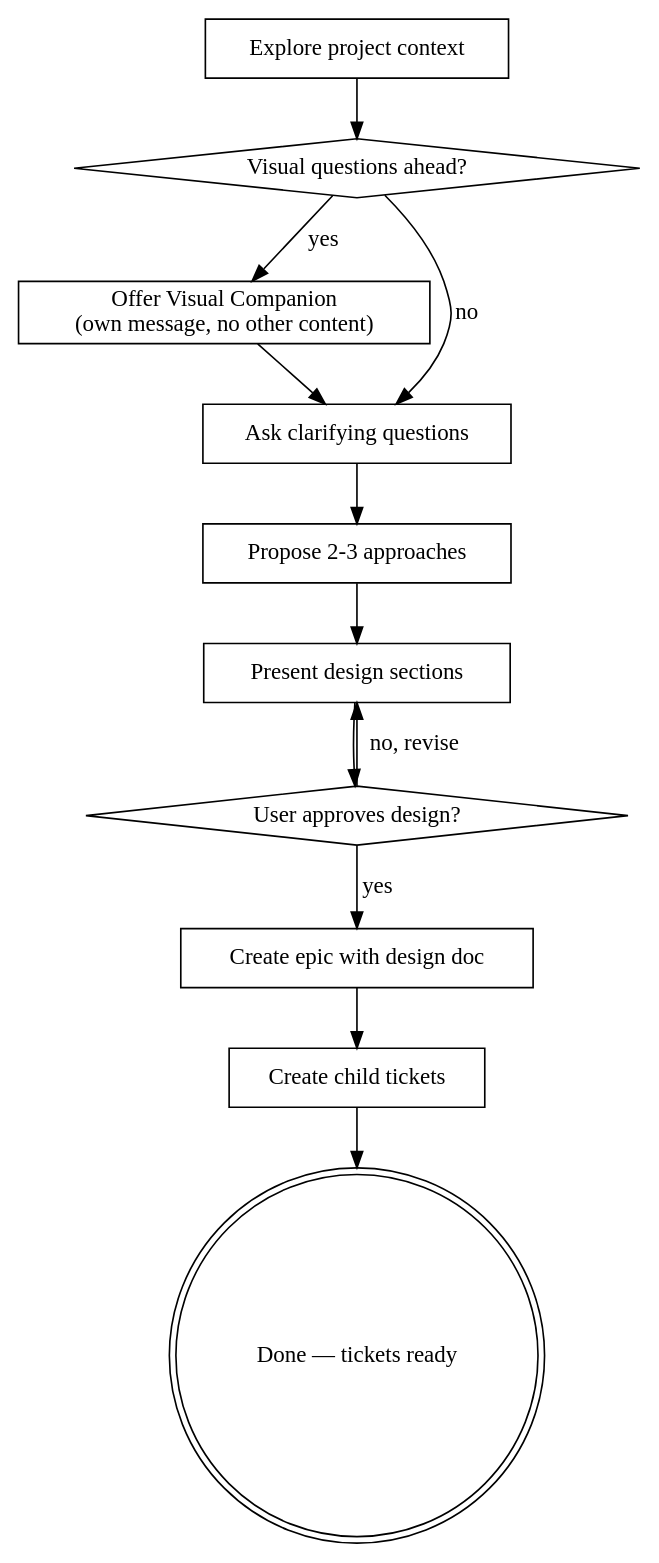
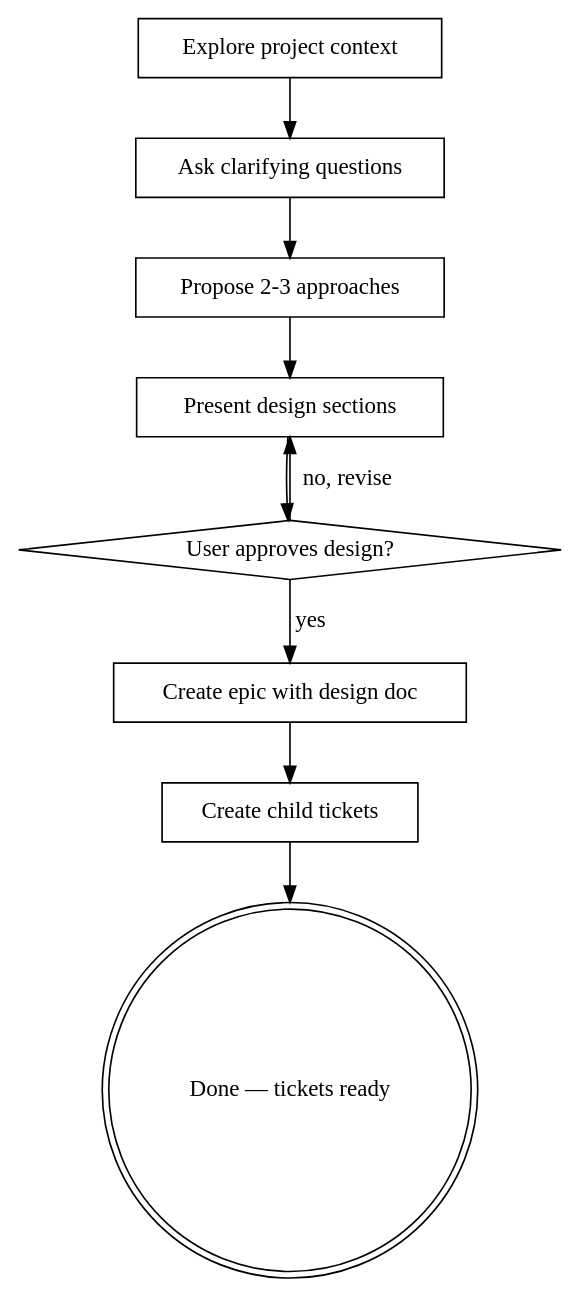
One commit to cmaher/ur changed the diagram in containers/claude-worker/all-skills/design/SKILL.md. Above: the diagram before and after it, drawn with Graphviz. The commit also changed other lines of this file and 1 other file, not shown here.

Commit message:
feat: remove visual companion from design skill

````diff
--- a/containers/claude-worker/all-skills/design/SKILL.md
+++ b/containers/claude-worker/all-skills/design/SKILL.md
@@ -38,26 +37,21 @@
 ```dot
 digraph brainstorming {
     "Explore project context" [shape=box];
-    "Visual questions ahead?" [shape=diamond];
-    "Offer Visual Companion\n(own message, no other content)" [shape=box];
     "Ask clarifying questions" [shape=box];
     "Propose 2-3 approaches" [shape=box];
     "Present design sections" [shape=box];
     "User approves design?" [shape=diamond];
     "Create epic with design doc" [shape=box];
     "Create child tickets" [shape=box];
     "Done — tickets ready" [shape=doublecircle];
 
-    "Explore project context" -> "Visual questions ahead?";
-    "Visual questions ahead?" -> "Offer Visual Companion\n(own message, no other content)" [label="yes"];
-    "Visual questions ahead?" -> "Ask clarifying questions" [label="no"];
-    "Offer Visual Companion\n(own message, no other content)" -> "Ask clarifying questions";
+    "Explore project context" -> "Ask clarifying questions";
     "Ask clarifying questions" -> "Propose 2-3 approaches";
     "Propose 2-3 approaches" -> "Present design sections";
     "Present design sections" -> "User approves design?";
     "User approves design?" -> "Present design sections" [label="no, revise"];
     "User approves design?" -> "Create epic with design doc" [label="yes"];
     "Create epic with design doc" -> "Create child tickets";
     "Create child tickets" -> "Done — tickets ready";
 }
 ```
````
